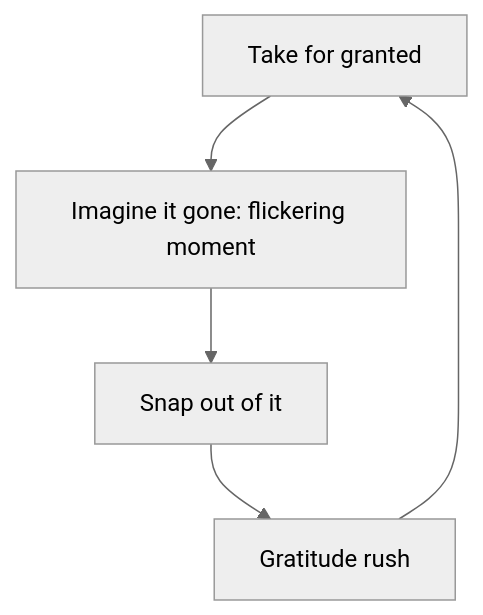
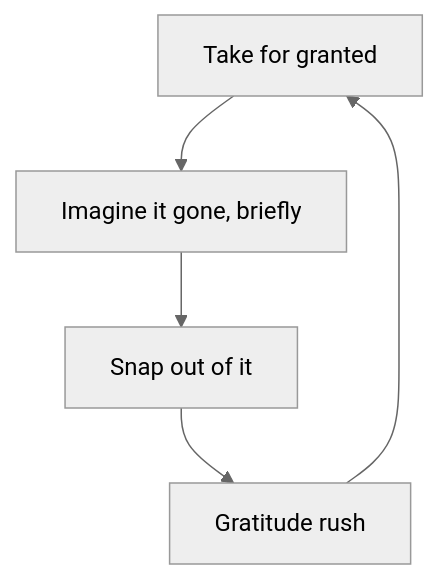
Before and after one commit to jrajath94/ai-podcast-curriculum: the first of 2 diagrams in content/tracks/knowledge-project/ep04.md, drawn with Mermaid (neutral theme). The commit also changed other lines of this file, not shown here.

````diff
--- a/content/tracks/knowledge-project/ep04.md
+++ b/content/tracks/knowledge-project/ep04.md
@@ -88,7 +88,7 @@
 ```mermaid
 graph TD
-    A[Take for granted] --> B[Imagine it gone: flickering moment]
+    A[Take for granted] --> B[Imagine it gone, briefly]
     B --> C[Snap out of it]
     C --> D[Gratitude rush]
     D --> A
 ```
````
